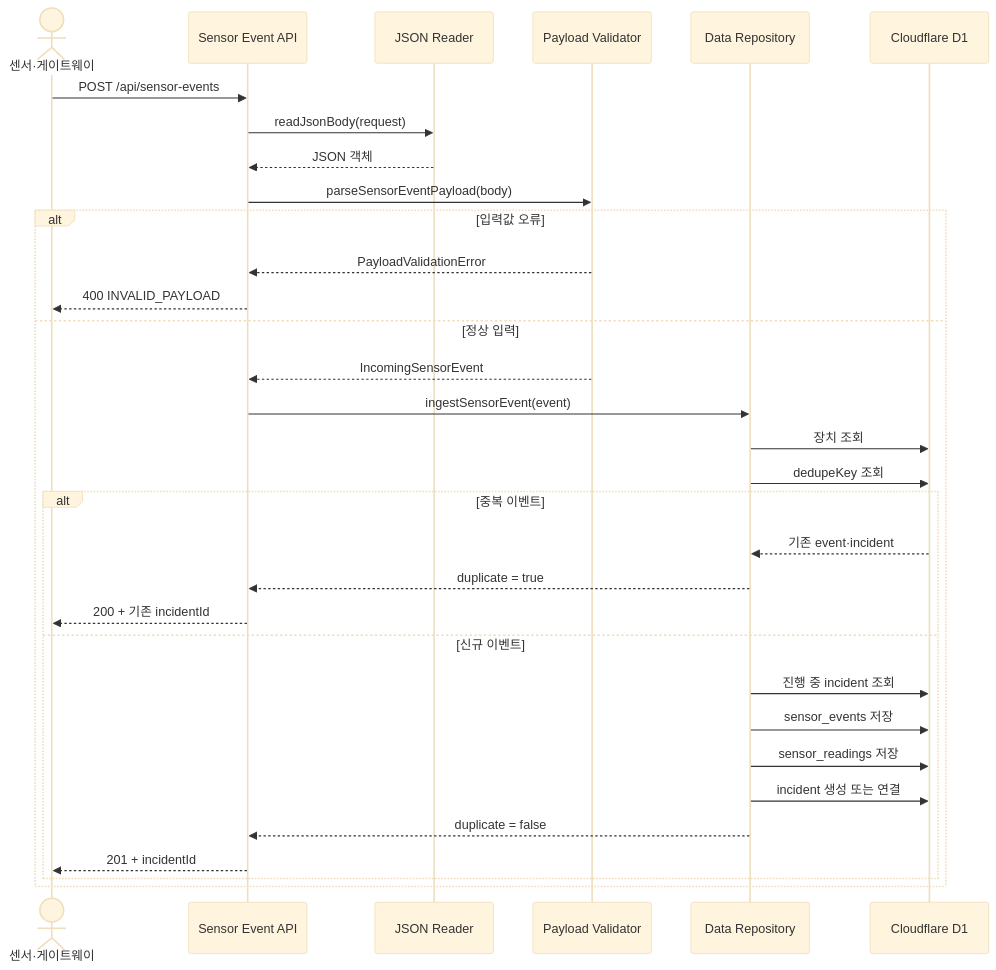
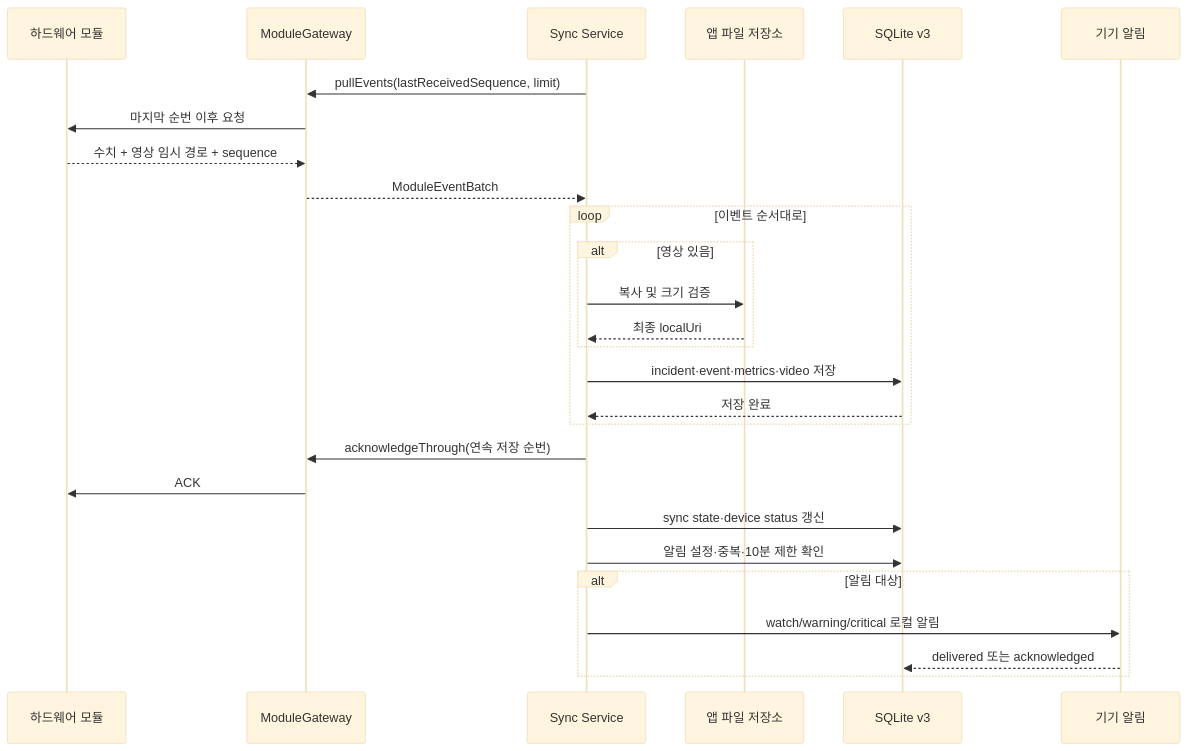
The diagram in docs/Diagram/05-sensor-ingest-sequence.md (Uree1229/Risk-ZERO), drawn with Mermaid (base theme) before and after one commit. The commit also changed other lines of this file and 35 other files, not shown here.

````diff
--- a/docs/Diagram/05-sensor-ingest-sequence.md
+++ b/docs/Diagram/05-sensor-ingest-sequence.md
@@ -9,37 +9,33 @@
 ```mermaid
 sequenceDiagram
-    actor Sensor as 센서·게이트웨이
-    participant Route as Sensor Event API
-    participant Body as JSON Reader
-    participant Validator as Payload Validator
-    participant Repo as Data Repository
-    participant DB as Cloudflare D1
+    participant HW as 하드웨어 모듈
+    participant GW as ModuleGateway
+    participant SY as Sync Service
+    participant FS as 앱 파일 저장소
+    participant DB as SQLite v3
+    participant NT as 기기 알림
 
-    Sensor->>Route: POST /api/sensor-events
-    Route->>Body: readJsonBody(request)
-    Body-->>Route: JSON 객체
-    Route->>Validator: parseSensorEventPayload(body)
+    SY->>GW: pullEvents(lastReceivedSequence, limit)
+    GW->>HW: 마지막 순번 이후 요청
+    HW-->>GW: 수치 + 영상 임시 경로 + sequence
+    GW-->>SY: ModuleEventBatch
 
-    alt 입력값 오류
-        Validator-->>Route: PayloadValidationError
-        Route-->>Sensor: 400 INVALID_PAYLOAD
-    else 정상 입력
-        Validator-->>Route: IncomingSensorEvent
-        Route->>Repo: ingestSensorEvent(event)
-        Repo->>DB: 장치 조회
-        Repo->>DB: dedupeKey 조회
+    loop 이벤트 순서대로
+        alt 영상 있음
+            SY->>FS: 복사 및 크기 검증
+            FS-->>SY: 최종 localUri
+        end
+        SY->>DB: incident·event·metrics·video 저장
+        DB-->>SY: 저장 완료
+    end
 
-        alt 중복 이벤트
-            DB-->>Repo: 기존 event·incident
-            Repo-->>Route: duplicate = true
-            Route-->>Sensor: 200 + 기존 incidentId
-        else 신규 이벤트
-            Repo->>DB: 진행 중 incident 조회
-            Repo->>DB: sensor_events 저장
-            Repo->>DB: sensor_readings 저장
-            Repo->>DB: incident 생성 또는 연결
-            Repo-->>Route: duplicate = false
-            Route-->>Sensor: 201 + incidentId
-        end
+    SY->>GW: acknowledgeThrough(연속 저장 순번)
+    GW->>HW: ACK
+    SY->>DB: sync state·device status 갱신
+    SY->>DB: 알림 설정·중복·10분 제한 확인
+
+    alt 알림 대상
+        SY->>NT: watch/warning/critical 로컬 알림
+        NT-->>DB: delivered 또는 acknowledged
     end
 ```
````
